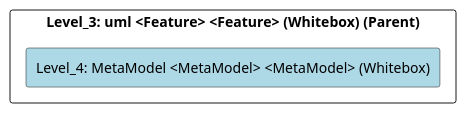
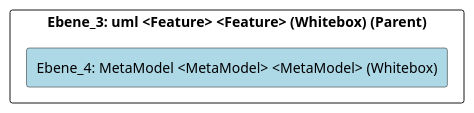
The diagram in doc/cleonproject_deliverables_architecture_model_architecture/adoc/de/05_bausteinsicht/cleon/modeling_languages/uml/metamodel/ebene_4_metamodel.adoc (marcozwyssig/cleon), drawn with PlantUML before and after one commit. The commit also changed other lines of this file and 214 other files, not shown here.

```diff
--- a/doc/cleonproject_deliverables_architecture_model_architecture/adoc/de/05_bausteinsicht/cleon/modeling_languages/uml/metamodel/ebene_4_metamodel.adoc
+++ b/doc/cleonproject_deliverables_architecture_model_architecture/adoc/de/05_bausteinsicht/cleon/modeling_languages/uml/metamodel/ebene_4_metamodel.adoc
@@ -24,24 +24,24 @@
-[plantuml, Level_4: MetaModel <MetaModel> <MetaModel> (Whitebox)BlockOverview, format="svg"]
+[plantuml, Ebene_4: MetaModel <MetaModel> <MetaModel> (Whitebox)BlockOverview, format="svg"]
 ----
-@startuml Level_4: MetaModel <MetaModel> <MetaModel> (Whitebox)BuildingBlockOverview
+@startuml Ebene_4: MetaModel <MetaModel> <MetaModel> (Whitebox)BuildingBlockOverview
 
 skinparam ranksep 10
 skinparam componentStyle rectangle
 skinparam shadowing false
 skinparam arrowColor lightblue
 skinparam arrowThickness 1.2
 skinparam rectangle {
   BackgroundColor White
   BorderColor #333
   RoundCorner 10
 }
 top to bottom direction
 
-component "Level_3: uml <Feature> <Feature> (Whitebox) (Parent)" {
-    component "Level_4: MetaModel <MetaModel> <MetaModel> (Whitebox)" #lightblue {
+component "Ebene_3: uml <Feature> <Feature> (Whitebox) (Parent)" {
+    component "Ebene_4: MetaModel <MetaModel> <MetaModel> (Whitebox)" #lightblue {
     }
 
 }
 
 @enduml
 ----
```
